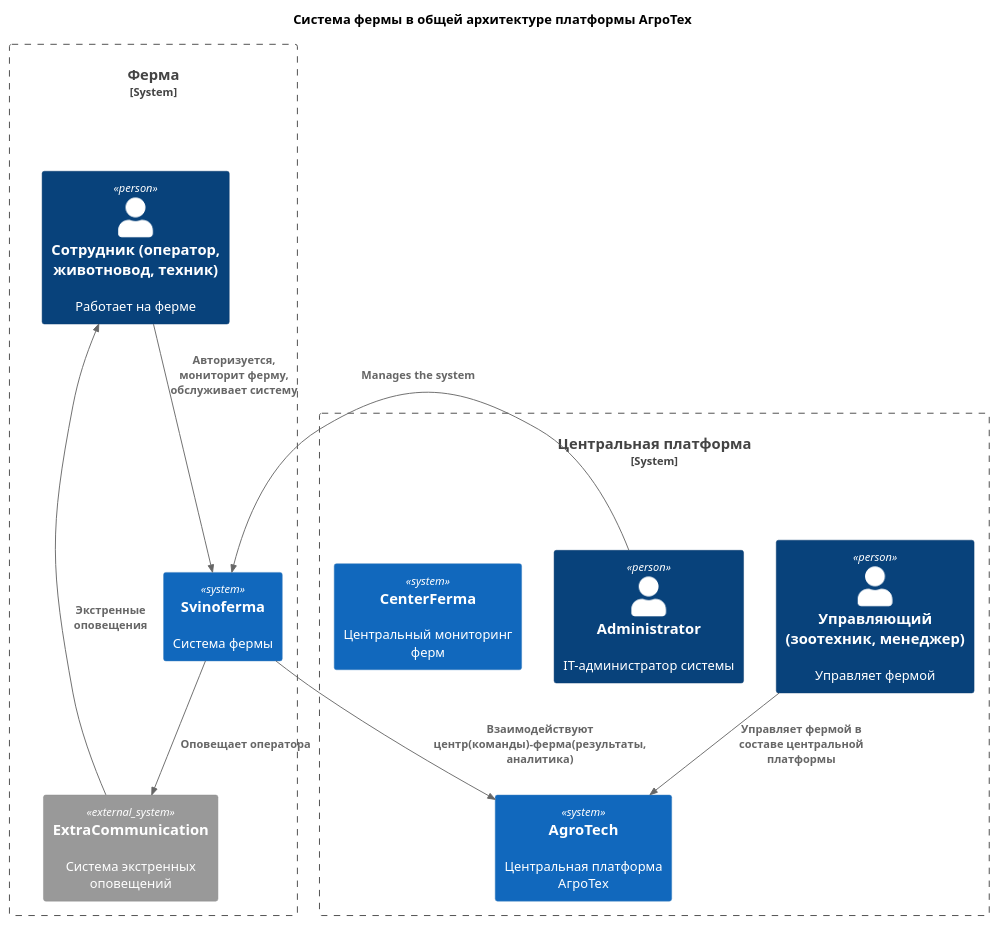
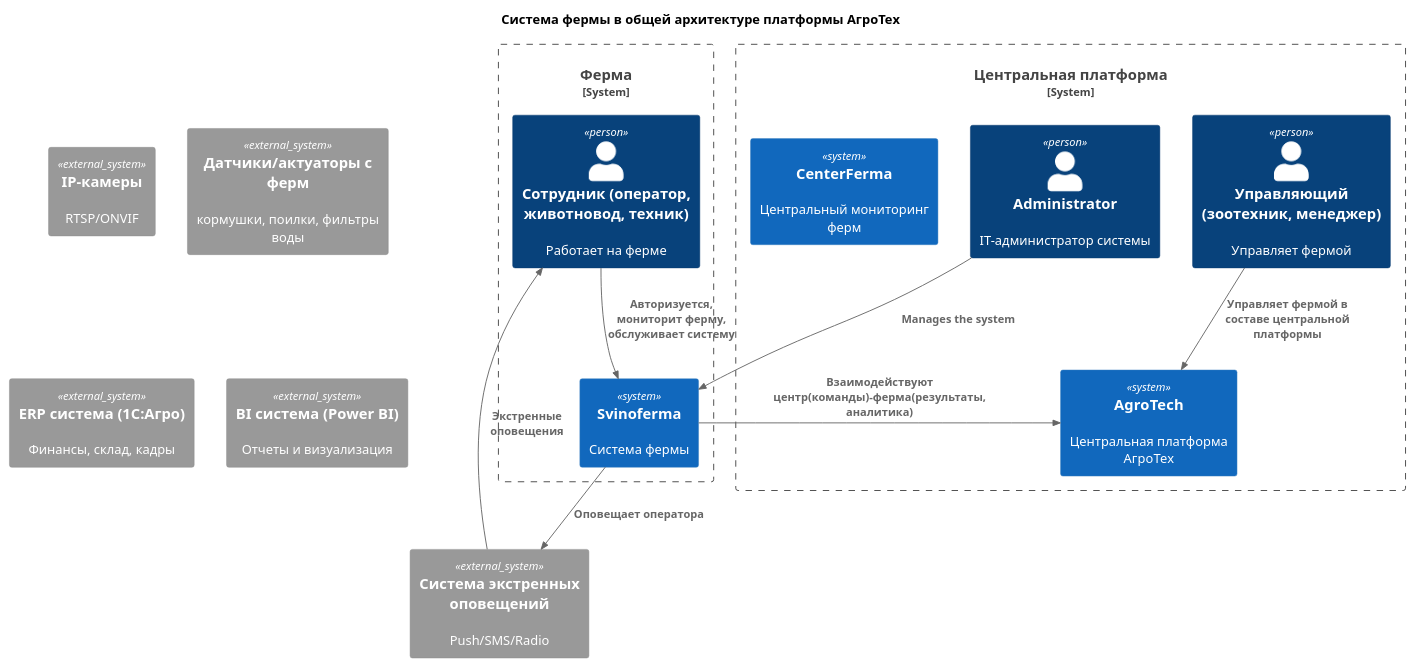
One commit to IvanVerba/MSA-AgroTech changed the diagram in Task1/Context1.puml. Above: the diagram before and after it, drawn with PlantUML.

Commit message:
Task1: +внешние системы

```diff
--- a/Task1/Context1.puml
+++ b/Task1/Context1.puml
@@ -1,33 +1,39 @@
 @startuml
 title Ferma Context Diagram
 
 top to bottom direction
 
 !includeurl https://raw.githubusercontent.com/RicardoNiepel/C4-PlantUML/master/C4_Component.puml
 
-  title Система фермы в общей архитектуре платформы АгроТех
+ title Система фермы в общей архитектуре платформы АгроТех
+
+
+ System_Ext(cam, "IP-камеры", "RTSP/ONVIF")
+ System_Ext(sensors, "Датчики/актуаторы с ферм", "кормушки, поилки, фильтры воды")
+ System_Ext(erp, "ERP система (1С:Агро)", "Финансы, склад, кадры")
+ System_Ext(bi, "BI система (Power BI)", "Отчеты и визуализация")
+ System_Ext(extr_comm, "Система экстренных оповещений" , "Push/SMS/Radio")
+
+
  System_Boundary(система_фермы, "Ферма") {
   Person(operator, "Сотрудник (оператор, животновод, техник)", "Работает на ферме")
   System(ferma, "Svinoferma", "Система фермы")
-  System_Ext(extr_comm, "ExtraCommunication" , "Система экстренных оповещений")
   Rel(extr_comm, operator , "Экстренные оповещения")
   Rel(operator, ferma, "Авторизуется, мониторит ферму, обслуживает систему")
   Rel(ferma,extr_comm,"Оповещает оператора")
  }
-
-
 
 
 System_Boundary(система, "Центральная платформа") {
   Person(mainuser, "Управляющий (зоотехник, менеджер)", "Управляет фермой")
   Person(admin, "Administrator", "IT-администратор системы")
   System(center_ferma, "CenterFerma", "Центральный мониторинг ферм")
   System(agro_tech, "AgroTech", "Центральная платформа АгроТех")
   Rel(admin,ferma,"Manages the system")
 
   Rel(mainuser,agro_tech,"Управляет фермой в составе центральной платформы")
   Rel(ferma,agro_tech,"Взаимодействуют центр(команды)-ферма(результаты, аналитика)")
  }
 
 
 @enduml
```
